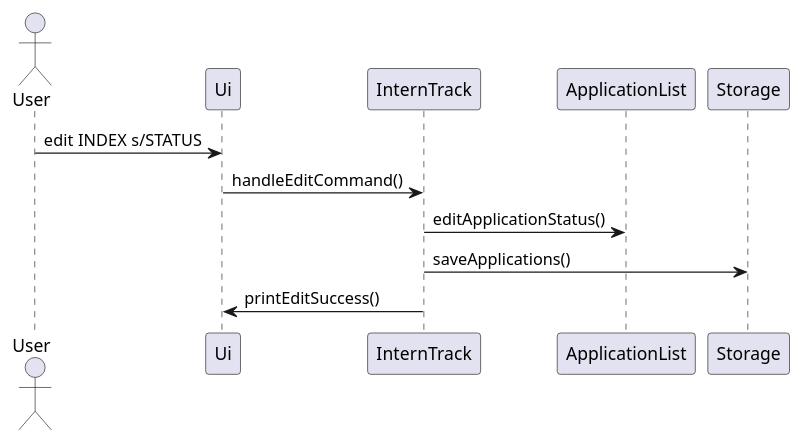
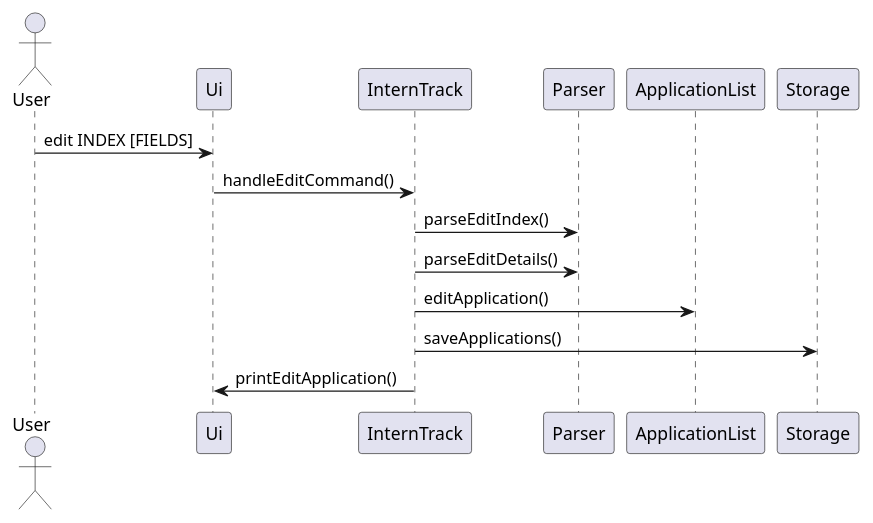
One commit to AY2526S2-CS2113-W10-1/tp changed the diagram in docs/diagrams/edit_sequence_diag.puml. Above: the diagram before and after it, drawn with PlantUML. The commit also changed 2 other files, not shown here.

Commit message:
updated user guide and developer guide

```diff
--- a/docs/diagrams/edit_sequence_diag.puml
+++ b/docs/diagrams/edit_sequence_diag.puml
@@ -1,14 +1,17 @@
 @startuml
 actor User
 participant Ui
 participant InternTrack
+participant Parser
 participant ApplicationList
 participant Storage
 
-User -> Ui : edit INDEX s/STATUS
+User -> Ui : edit INDEX [FIELDS]
 Ui -> InternTrack : handleEditCommand()
-InternTrack -> ApplicationList : editApplicationStatus()
+InternTrack -> Parser : parseEditIndex()
+InternTrack -> Parser : parseEditDetails()
+InternTrack -> ApplicationList : editApplication()
 InternTrack -> Storage : saveApplications()
-InternTrack -> Ui : printEditSuccess()
+InternTrack -> Ui : printEditApplication()
 
 @enduml
```
